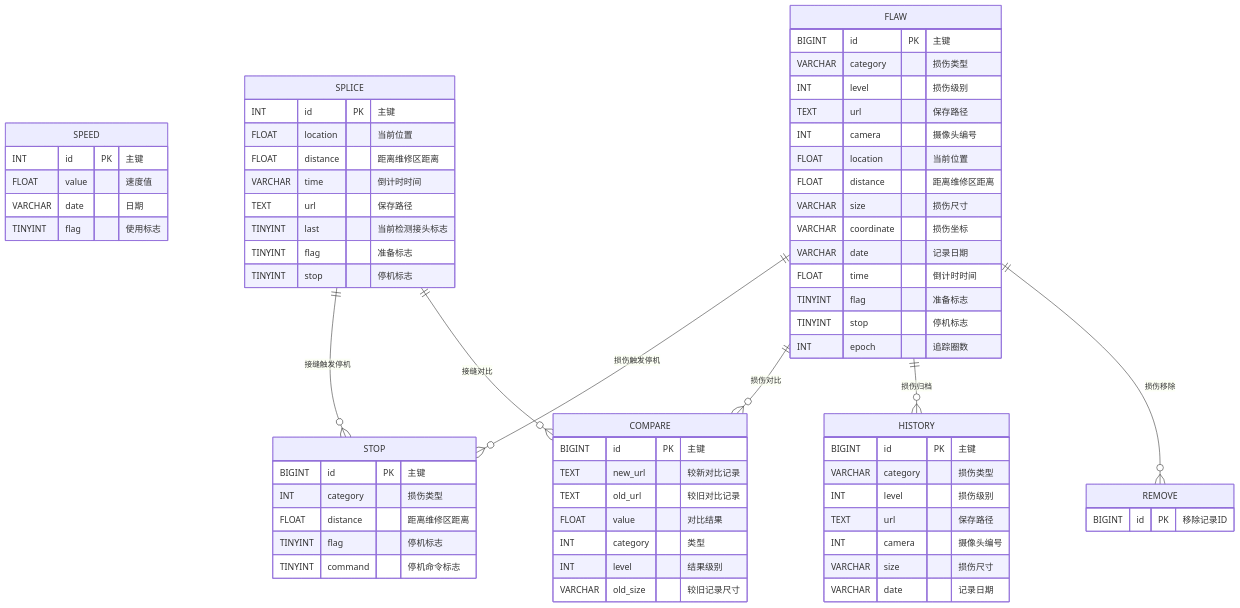
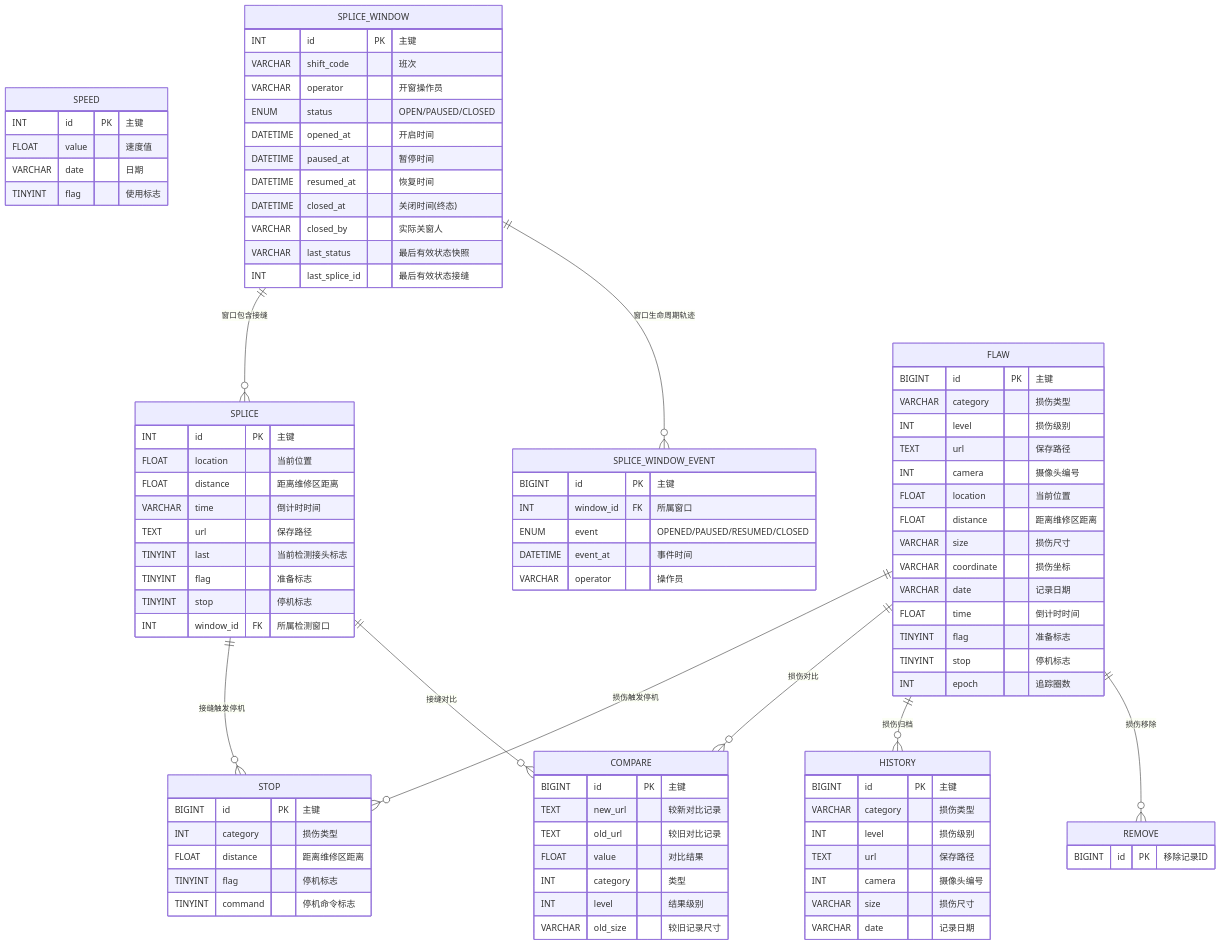
The second of 2 diagrams in docs/project_design.md (vance1852/ccusr-091002-q002), drawn with Mermaid before and after one commit. The commit also changed other lines of this file and 11 other files, not shown here.

```diff
--- a/docs/project_design.md
+++ b/docs/project_design.md
@@ -44,6 +44,27 @@
         TINYINT last "当前检测接头标志"
         TINYINT flag "准备标志"
         TINYINT stop "停机标志"
+        INT window_id FK "所属检测窗口"
+    }
+    SPLICE_WINDOW {
+        INT id PK "主键"
+        VARCHAR shift_code "班次"
+        VARCHAR operator "开窗操作员"
+        ENUM status "OPEN/PAUSED/CLOSED"
+        DATETIME opened_at "开启时间"
+        DATETIME paused_at "暂停时间"
+        DATETIME resumed_at "恢复时间"
+        DATETIME closed_at "关闭时间(终态)"
+        VARCHAR closed_by "实际关窗人"
+        VARCHAR last_status "最后有效状态快照"
+        INT last_splice_id "最后有效状态接缝"
+    }
+    SPLICE_WINDOW_EVENT {
+        BIGINT id PK "主键"
+        INT window_id FK "所属窗口"
+        ENUM event "OPENED/PAUSED/RESUMED/CLOSED"
+        DATETIME event_at "事件时间"
+        VARCHAR operator "操作员"
     }
     FLAW {
         BIGINT id PK "主键"
@@ -90,6 +111,8 @@
         BIGINT id PK "移除记录ID"
     }
 
+    SPLICE_WINDOW ||--o{ SPLICE : "窗口包含接缝"
+    SPLICE_WINDOW ||--o{ SPLICE_WINDOW_EVENT : "窗口生命周期轨迹"
     FLAW ||--o{ STOP : "损伤触发停机"
     SPLICE ||--o{ STOP : "接缝触发停机"
     FLAW ||--o{ COMPARE : "损伤对比"
```
